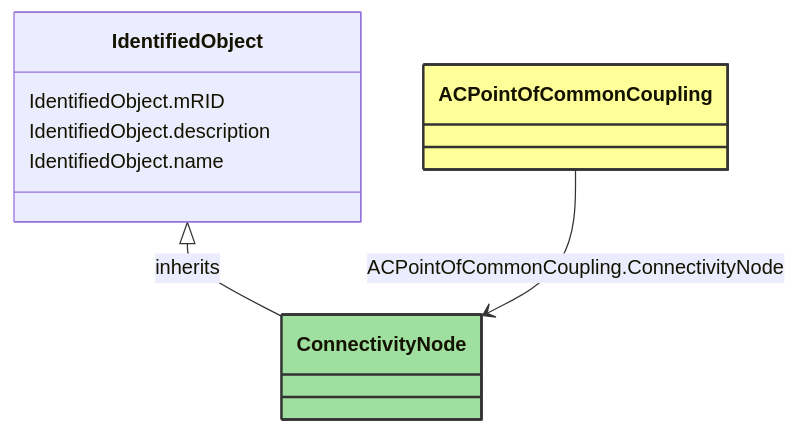
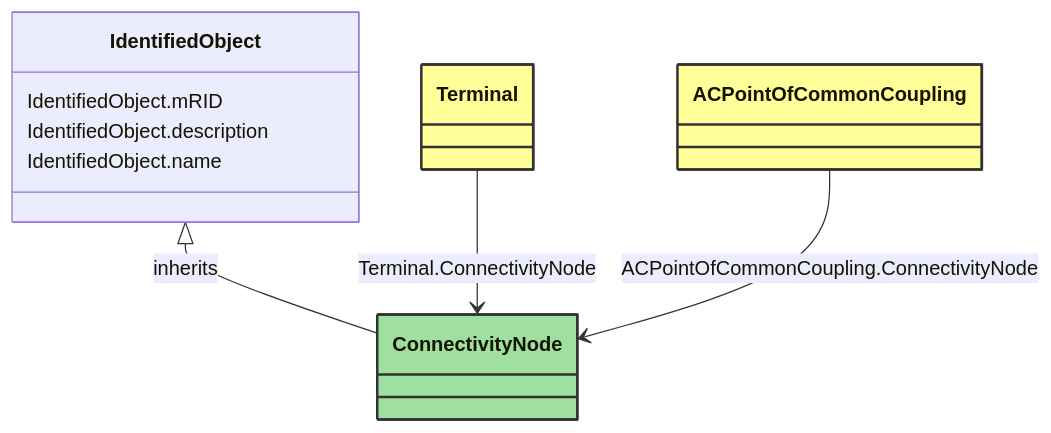
The diagram in docs/WattApp/ConnectivityNode.md (3lbits/NoCIMExtensions), drawn with Mermaid before and after one commit. The commit also changed 9 other files, not shown here.

````diff
--- a/docs/WattApp/ConnectivityNode.md
+++ b/docs/WattApp/ConnectivityNode.md
@@ -8,26 +8,32 @@
 ```mermaid
 classDiagram
     class ConnectivityNode
     click ConnectivityNode href "/WattApp/ConnectivityNode/"
     style ConnectivityNode fill:#9fdf9f,stroke:#333,stroke-width:2px,rx:10,ry:10
 
         IdentifiedObject <|-- ConnectivityNode : inherits
             click IdentifiedObject href "/WattApp/IdentifiedObject/"
             style IdentifiedObject rx:10,ry:10
 
         ConnectivityNode
             click ConnectivityNode href "/WattApp/ConnectivityNode/"
             style ConnectivityNode rx:10,ry:10
 
 
+        Terminal --> ConnectivityNode : Terminal.ConnectivityNode
+
+        Terminal
+            click Terminal href "/WattApp/Terminal/"
+            style Terminal fill:#ffff99,stroke:#333,stroke-width:2px,rx:10,ry:10
+
         ACPointOfCommonCoupling --> ConnectivityNode : ACPointOfCommonCoupling.ConnectivityNode
 
         ACPointOfCommonCoupling
             click ACPointOfCommonCoupling href "/WattApp/ACPointOfCommonCoupling/"
             style ACPointOfCommonCoupling fill:#ffff99,stroke:#333,stroke-width:2px,rx:10,ry:10
 
 
         IdentifiedObject : IdentifiedObject.mRID
         IdentifiedObject : IdentifiedObject.description
         IdentifiedObject : IdentifiedObject.name
 ```
````
